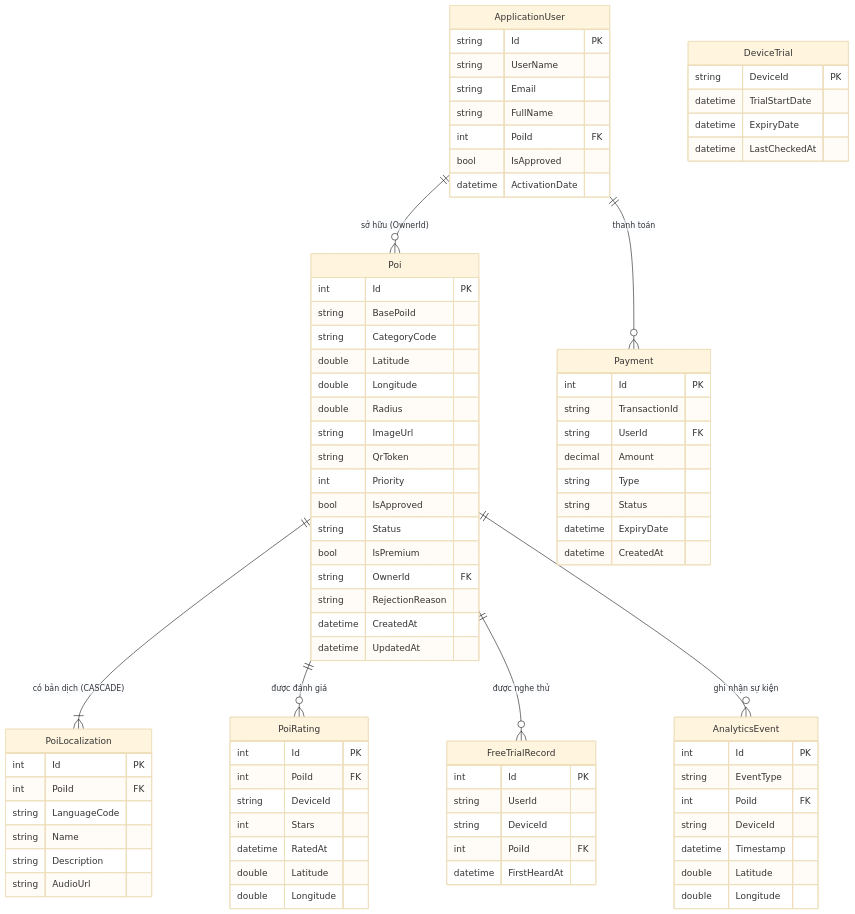
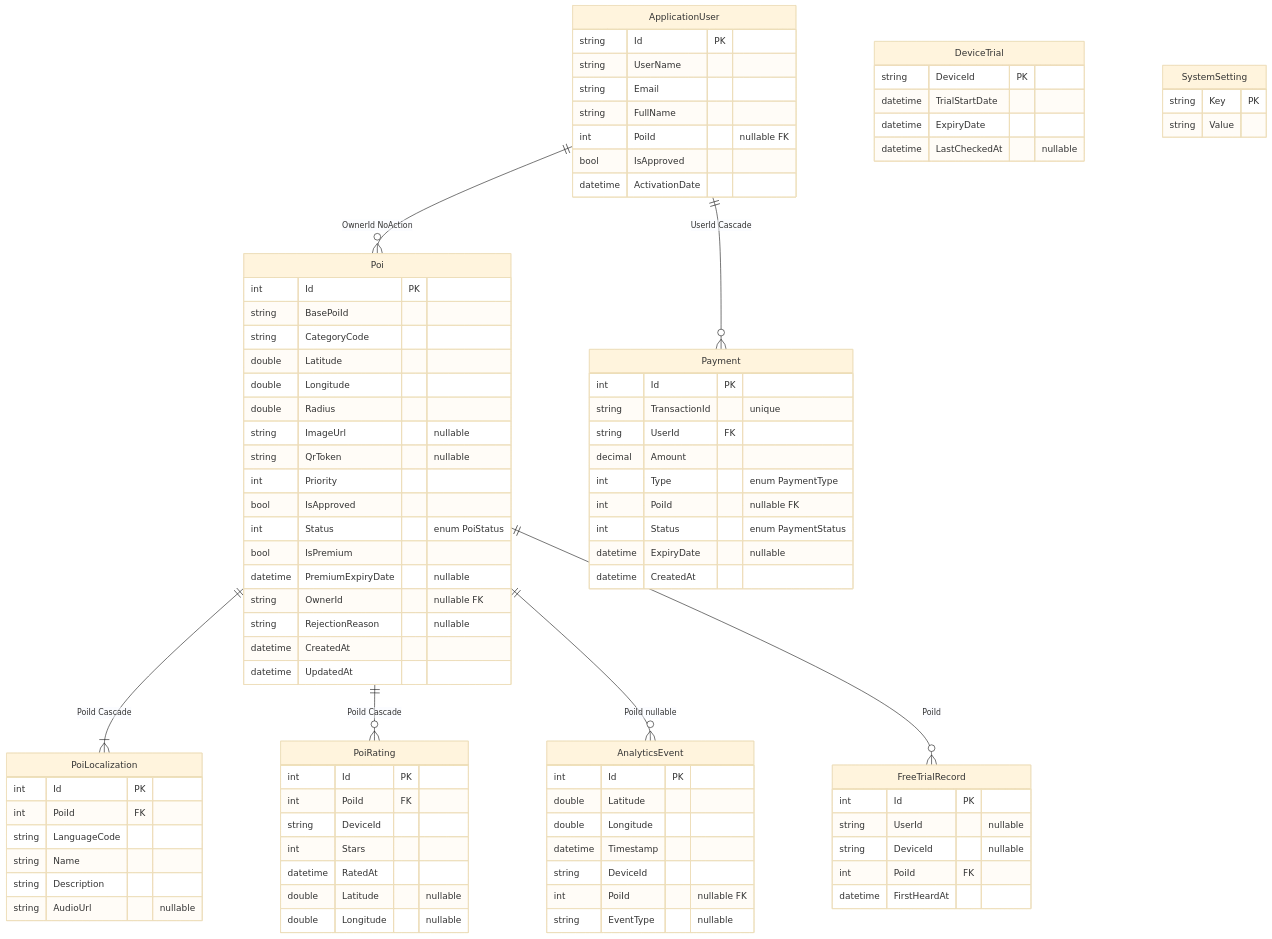
Before and after one commit to phamquyet47204/C-Sharp: the third of 17 diagrams in README.md, drawn with Mermaid (base theme). The commit also changed other lines of this file, not shown here.

````diff
--- a/README.md
+++ b/README.md
@@ -250,7 +656,7 @@
     string UserName
     string Email
     string FullName
-    int PoiId FK
+    int PoiId "nullable FK"
     bool IsApproved
     datetime ActivationDate
   }
@@ -262,14 +668,15 @@
     double Latitude
     double Longitude
     double Radius
-    string ImageUrl
-    string QrToken
+    string ImageUrl "nullable"
+    string QrToken "nullable"
     int Priority
     bool IsApproved
-    string Status
+    int Status "enum PoiStatus"
     bool IsPremium
-    string OwnerId FK
-    string RejectionReason
+    datetime PremiumExpiryDate "nullable"
+    string OwnerId "nullable FK"
+    string RejectionReason "nullable"
     datetime CreatedAt
     datetime UpdatedAt
   }
@@ -280,7 +687,7 @@
     string LanguageCode
     string Name
     string Description
-    string AudioUrl
+    string AudioUrl "nullable"
   }
 
   PoiRating {
@@ -289,35 +696,36 @@
     string DeviceId
     int Stars
     datetime RatedAt
-    double Latitude
-    double Longitude
+    double Latitude "nullable"
+    double Longitude "nullable"
   }
 
   AnalyticsEvent {
     int Id PK
-    string EventType
-    int PoiId FK
-    string DeviceId
-    datetime Timestamp
     double Latitude
     double Longitude
+    datetime Timestamp
+    string DeviceId
+    int PoiId "nullable FK"
+    string EventType "nullable"
   }
 
   Payment {
     int Id PK
-    string TransactionId
+    string TransactionId "unique"
     string UserId FK
     decimal Amount
-    string Type
-    string Status
-    datetime ExpiryDate
+    int Type "enum PaymentType"
+    int PoiId "nullable FK"
+    int Status "enum PaymentStatus"
+    datetime ExpiryDate "nullable"
     datetime CreatedAt
   }
 
   FreeTrialRecord {
     int Id PK
-    string UserId
-    string DeviceId
+    string UserId "nullable"
+    string DeviceId "nullable"
     int PoiId FK
     datetime FirstHeardAt
   }
@@ -326,13 +734,18 @@
     string DeviceId PK
     datetime TrialStartDate
     datetime ExpiryDate
-    datetime LastCheckedAt
+    datetime LastCheckedAt "nullable"
   }
 
-  ApplicationUser ||--o{ Poi : "sở hữu (OwnerId)"
-  ApplicationUser ||--o{ Payment : "thanh toán"
-  Poi ||--|{ PoiLocalization : "có bản dịch (CASCADE)"
-  Poi ||--o{ PoiRating : "được đánh giá"
-  Poi ||--o{ FreeTrialRecord : "được nghe thử"
-  Poi ||--o{ AnalyticsEvent : "ghi nhận sự kiện"
+  SystemSetting {
+    string Key PK
+    string Value
+  }
+
+  ApplicationUser ||--o{ Poi : "OwnerId NoAction"
+  ApplicationUser ||--o{ Payment : "UserId Cascade"
+  Poi ||--|{ PoiLocalization : "PoiId Cascade"
+  Poi ||--o{ PoiRating : "PoiId Cascade"
+  Poi ||--o{ AnalyticsEvent : "PoiId nullable"
+  Poi ||--o{ FreeTrialRecord : "PoiId"
 ```
````
